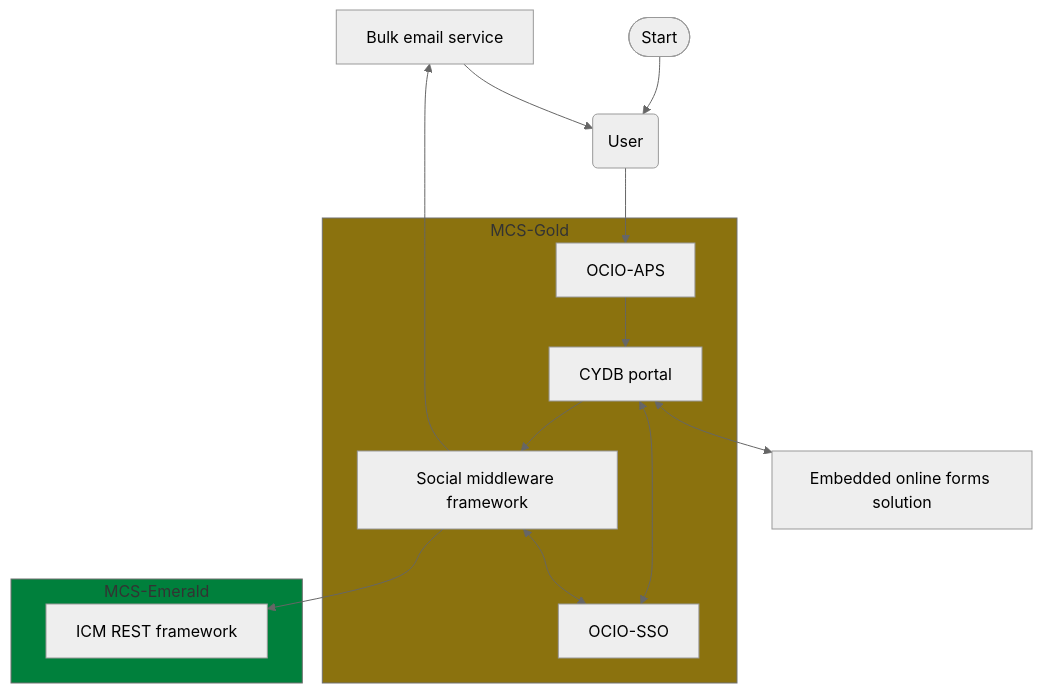
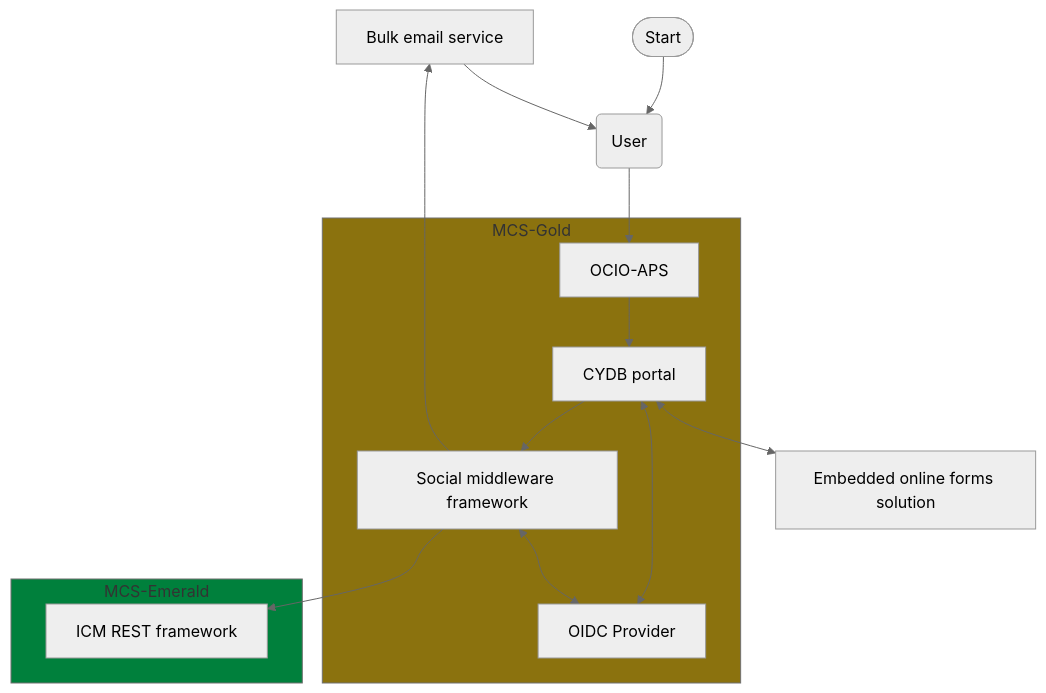
Before and after one commit to bcgov/cydb-portal: the diagram in docs/design/architecture.md, drawn with Mermaid (neutral theme).

Commit message:
Rename to OIDC Provider in architecture.md

````diff
--- a/docs/design/architecture.md
+++ b/docs/design/architecture.md
@@ -1,40 +1,40 @@
 ```mermaid
 flowchart TD
     email[Bulk email service]
     start([Start])
     user(User)
     portal[CYDB portal]
     middle[Social middleware framework]
     portalProxy[OCIO-APS]
-    idBroker[OCIO-SSO]
+    idBroker[OIDC Provider]
     icm[ICM REST framework]
     forms[Embedded online forms solution]
 
 start-->user
 
 user-->portalProxy
 portalProxy-->portal
 
 portal-->middle
 portal<-->idBroker
 portal<-->forms
 
 middle-->email
 middle<-->idBroker
 middle-->icm
 
 email-->user
 
 subgraph mcsGold["MCS-Gold"]
     style mcsGold fill:#8B720E
     portalProxy
     idBroker
     portal
     middle
 end
 
 subgraph mcsEmerald["MCS-Emerald"]
     style mcsEmerald fill:#00803C
     icm
 end
 ```
````
